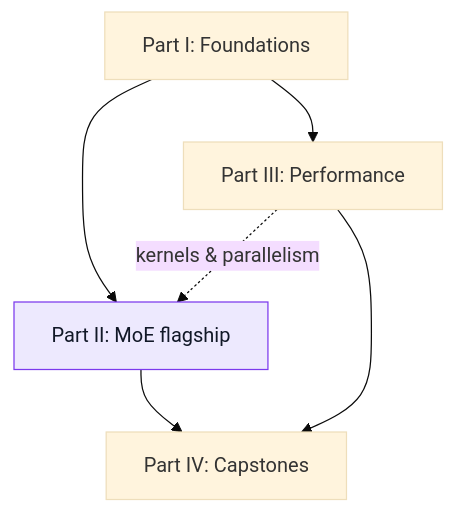
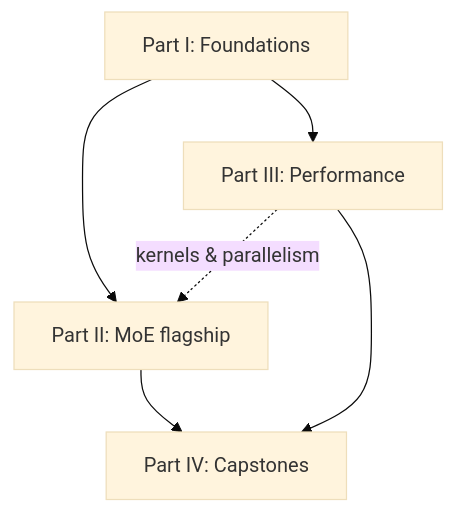
Before and after one commit to youyun8/deep-kernel-handbook: the diagram in docs/reading-path.md, drawn with Mermaid (base theme). The commit also changed 9 other files, not shown here.

Commit message:
docs: theme Mermaid diagrams via CSS instead of baked classDef colors

````diff
--- a/docs/reading-path.md
+++ b/docs/reading-path.md
@@ -8,10 +8,9 @@
 ```mermaid
 flowchart TD
     A[Part I: Foundations] --> B[Part II: MoE flagship]
     A --> C[Part III: Performance]
     C -.kernels & parallelism.-> B
     B --> D[Part IV: Capstones]
     C --> D
-    classDef flagship fill:#ede9fe,stroke:#7c3aed,color:#111827;
     class B flagship;
 ```
````
